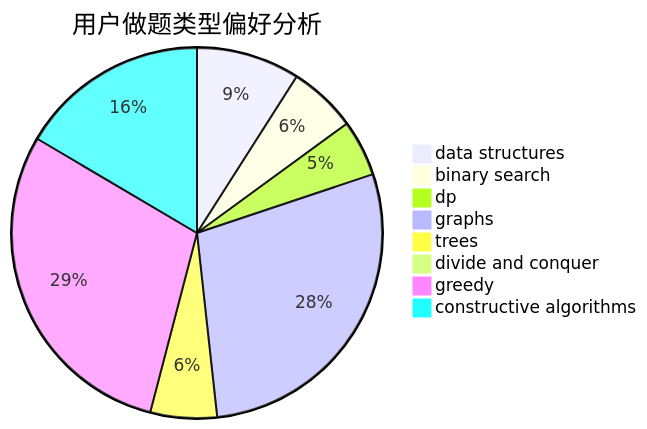
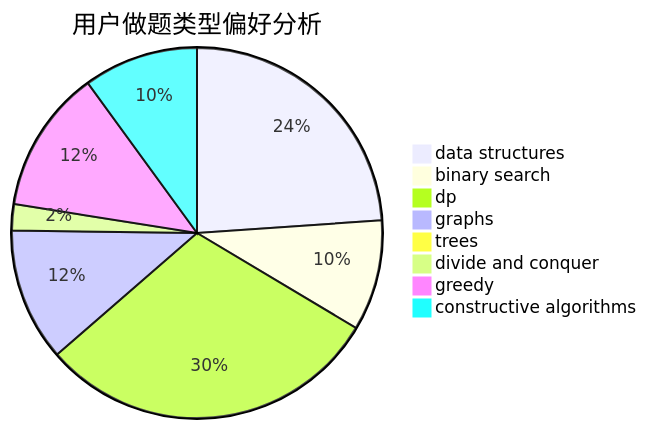
One commit to sherpahu/cfrs.github.io changed the second of 3 diagrams in docs/user/u5.md. Above: the diagram before and after it, drawn with Mermaid. The commit also changed other lines of this file and 2770 other files, not shown here.

````diff
--- a/docs/user/u5.md
+++ b/docs/user/u5.md
@@ -23,11 +23,11 @@
 ```mermaid
 pie title 用户做题类型偏好分析
-    "data structures" :  70
-    "binary search" :  46
-    "dp" :  38
-    "graphs" :  220
-    "trees" :  45
-    "divide and conquer" :  5
-    "greedy" :  228
-    "constructive algorithms" :  128
+    "data structures" :  136
+    "binary search" :  55
+    "dp" :  171
+    "graphs" :  66
+    "trees" :  0
+    "divide and conquer" :  13
+    "greedy" :  71
+    "constructive algorithms" :  57
 ```
````
